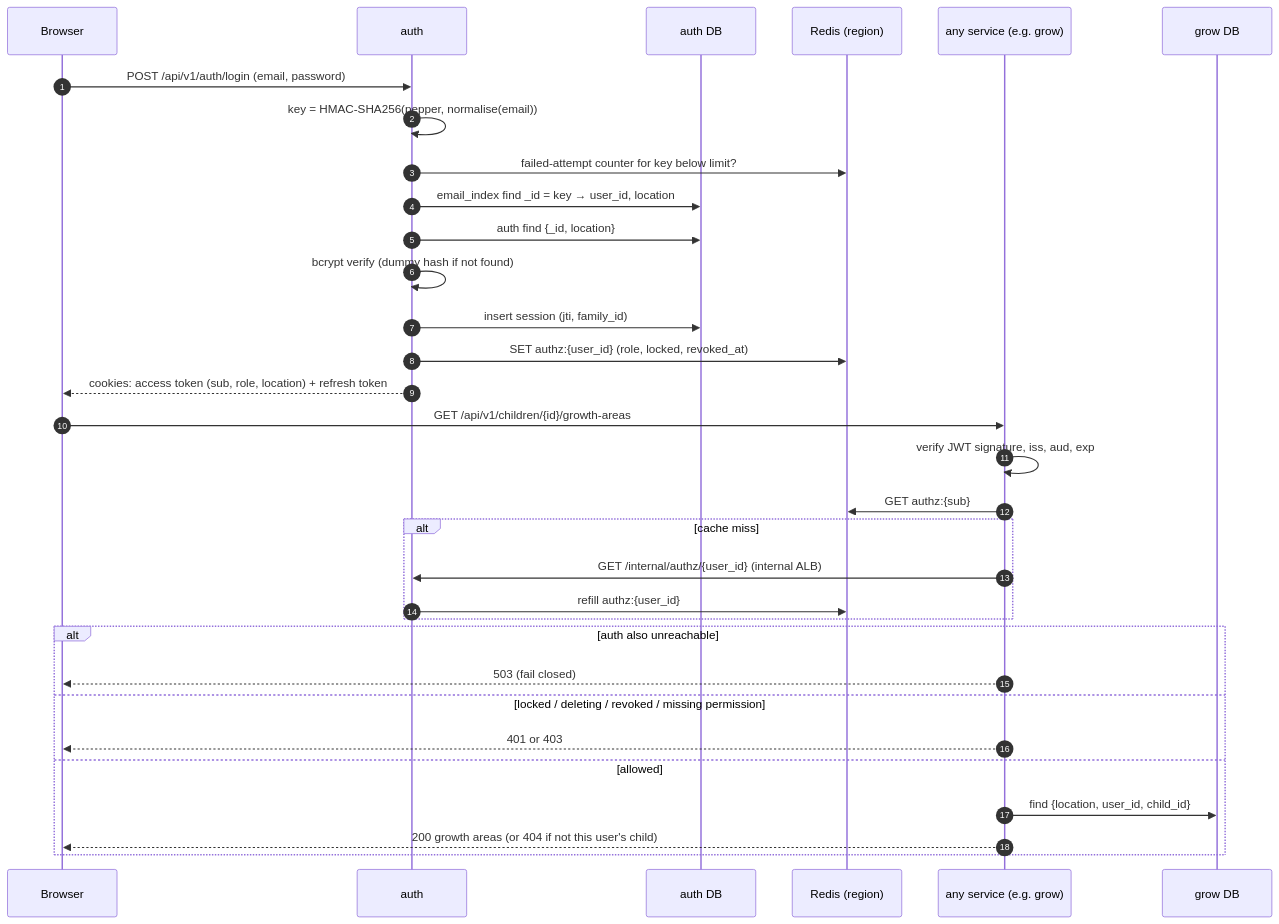
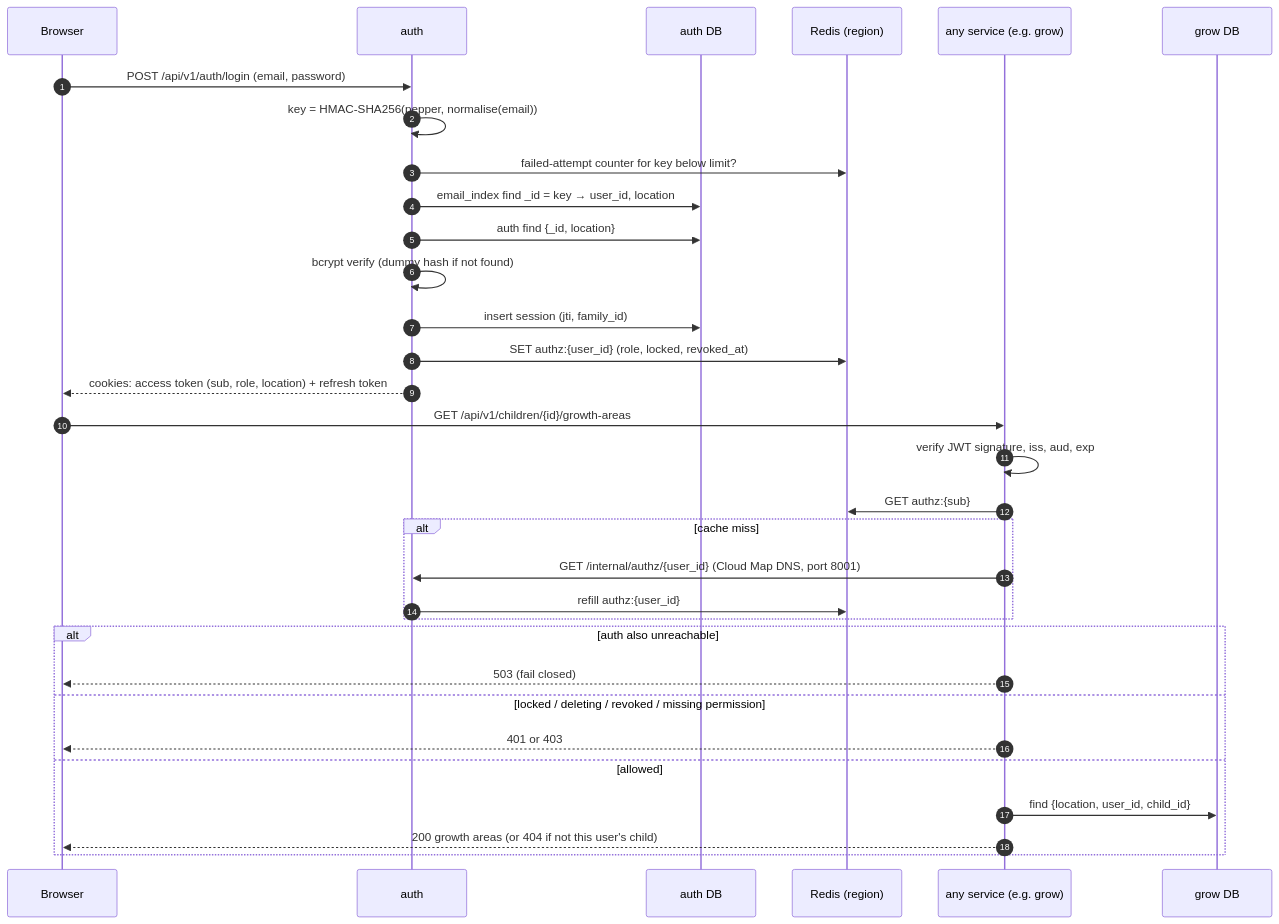
Before and after one commit to pkprincekumar7/buddy-app: the fifth of 6 diagrams in docs/auth-users-split.md, drawn with Mermaid. The commit also changed other lines of this file, not shown here.

````diff
--- a/docs/auth-users-split.md
+++ b/docs/auth-users-split.md
@@ -514,36 +748,36 @@
 ```mermaid
 sequenceDiagram
     autonumber
     participant B as Browser
     participant A as auth
     participant ADB as auth DB
     participant R as Redis (region)
     participant S as any service (e.g. grow)
     participant SDB as grow DB
 
     B->>A: POST /api/v1/auth/login (email, password)
     A->>A: key = HMAC-SHA256(pepper, normalise(email))
     A->>R: failed-attempt counter for key below limit?
     A->>ADB: email_index find _id = key → user_id, location
     A->>ADB: auth find {_id, location}
     A->>A: bcrypt verify (dummy hash if not found)
     A->>ADB: insert session (jti, family_id)
     A->>R: SET authz:{user_id} (role, locked, revoked_at)
     A-->>B: cookies: access token (sub, role, location) + refresh token
 
     B->>S: GET /api/v1/children/{id}/growth-areas
     S->>S: verify JWT signature, iss, aud, exp
     S->>R: GET authz:{sub}
     alt cache miss
-        S->>A: GET /internal/authz/{user_id} (internal ALB)
+        S->>A: GET /internal/authz/{user_id} (Cloud Map DNS, port 8001)
         A->>R: refill authz:{user_id}
     end
     alt auth also unreachable
         S-->>B: 503 (fail closed)
     else locked / deleting / revoked / missing permission
         S-->>B: 401 or 403
     else allowed
         S->>SDB: find {location, user_id, child_id}
         S-->>B: 200 growth areas (or 404 if not this user's child)
     end
 ```
````
